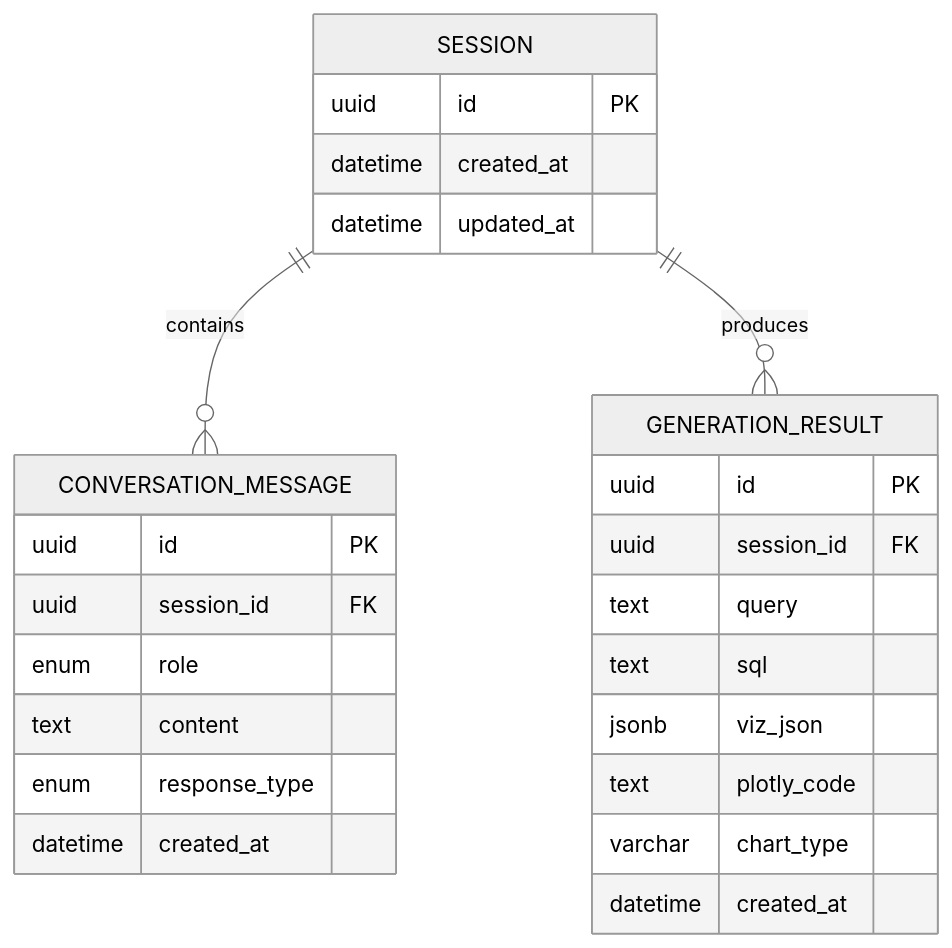
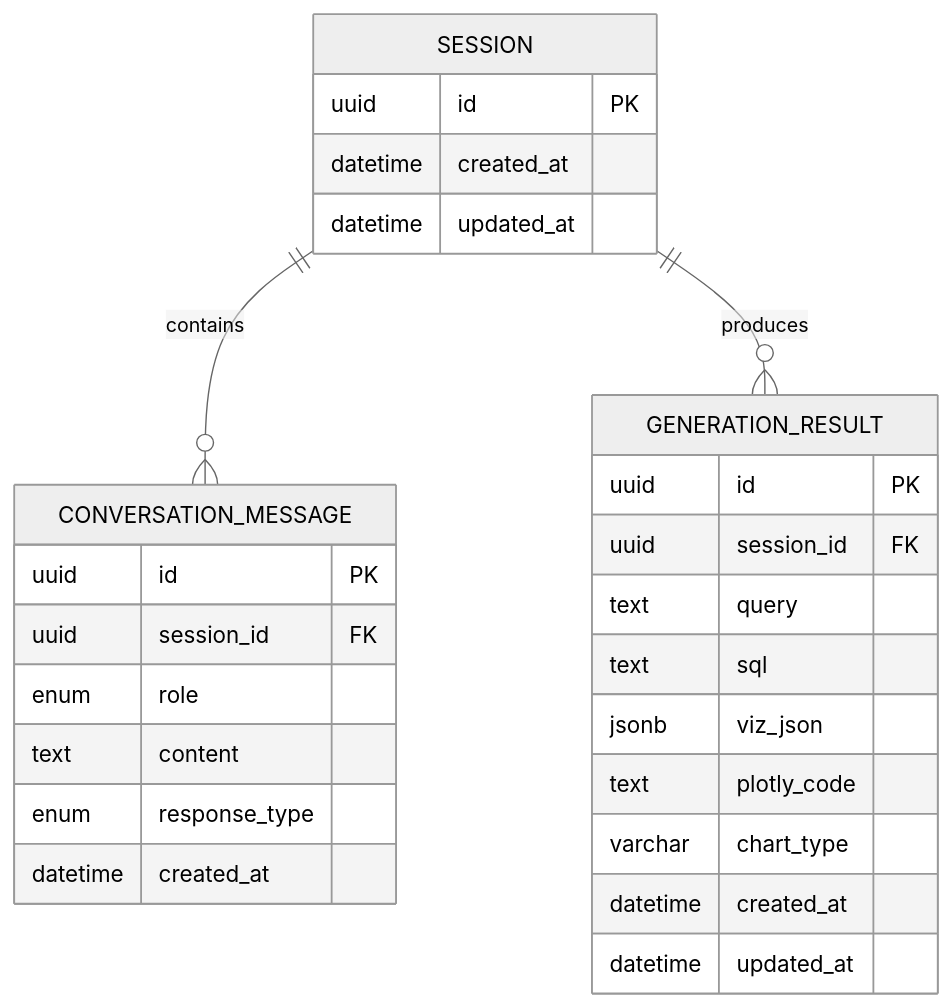
The diagram in specs/TFG-13-crear-agente-decisor/data-model.md (trabajo-final-de-grado-gendash/backend), drawn with Mermaid (neutral theme) before and after one commit. The commit also changed other lines of this file and 20 other files, not shown here.

````diff
--- a/specs/TFG-13-crear-agente-decisor/data-model.md
+++ b/specs/TFG-13-crear-agente-decisor/data-model.md
@@ -84,31 +87,32 @@
 ```mermaid
 erDiagram
     SESSION ||--o{ CONVERSATION_MESSAGE : contains
     SESSION ||--o{ GENERATION_RESULT : produces
 
     SESSION {
         uuid id PK
         datetime created_at
         datetime updated_at
     }
 
     CONVERSATION_MESSAGE {
         uuid id PK
         uuid session_id FK
         enum role
         text content
         enum response_type
         datetime created_at
     }
 
     GENERATION_RESULT {
         uuid id PK
         uuid session_id FK
         text query
         text sql
         jsonb viz_json
         text plotly_code
         varchar chart_type
         datetime created_at
+        datetime updated_at
     }
 ```
````
